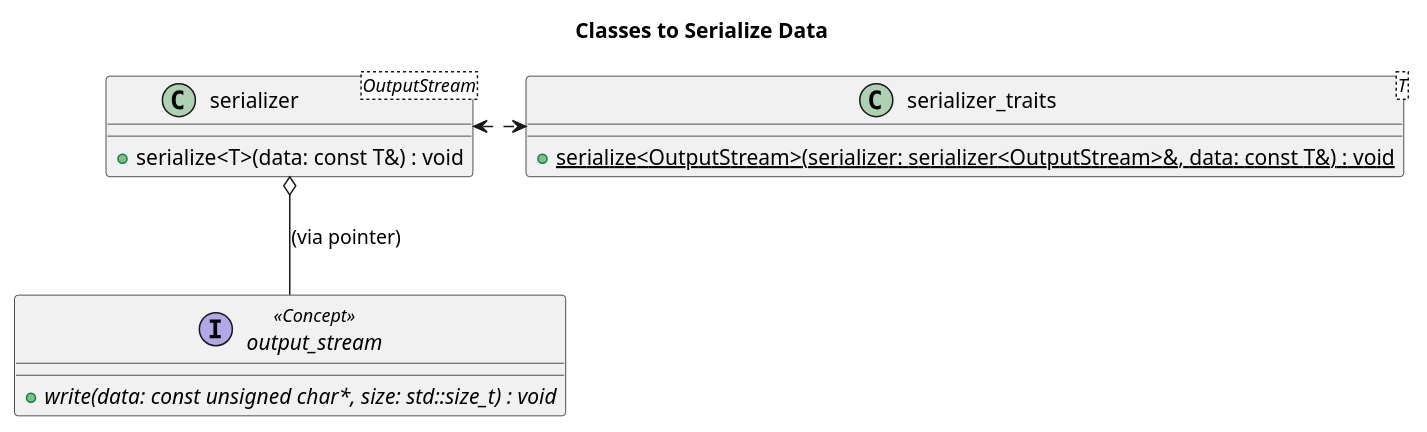
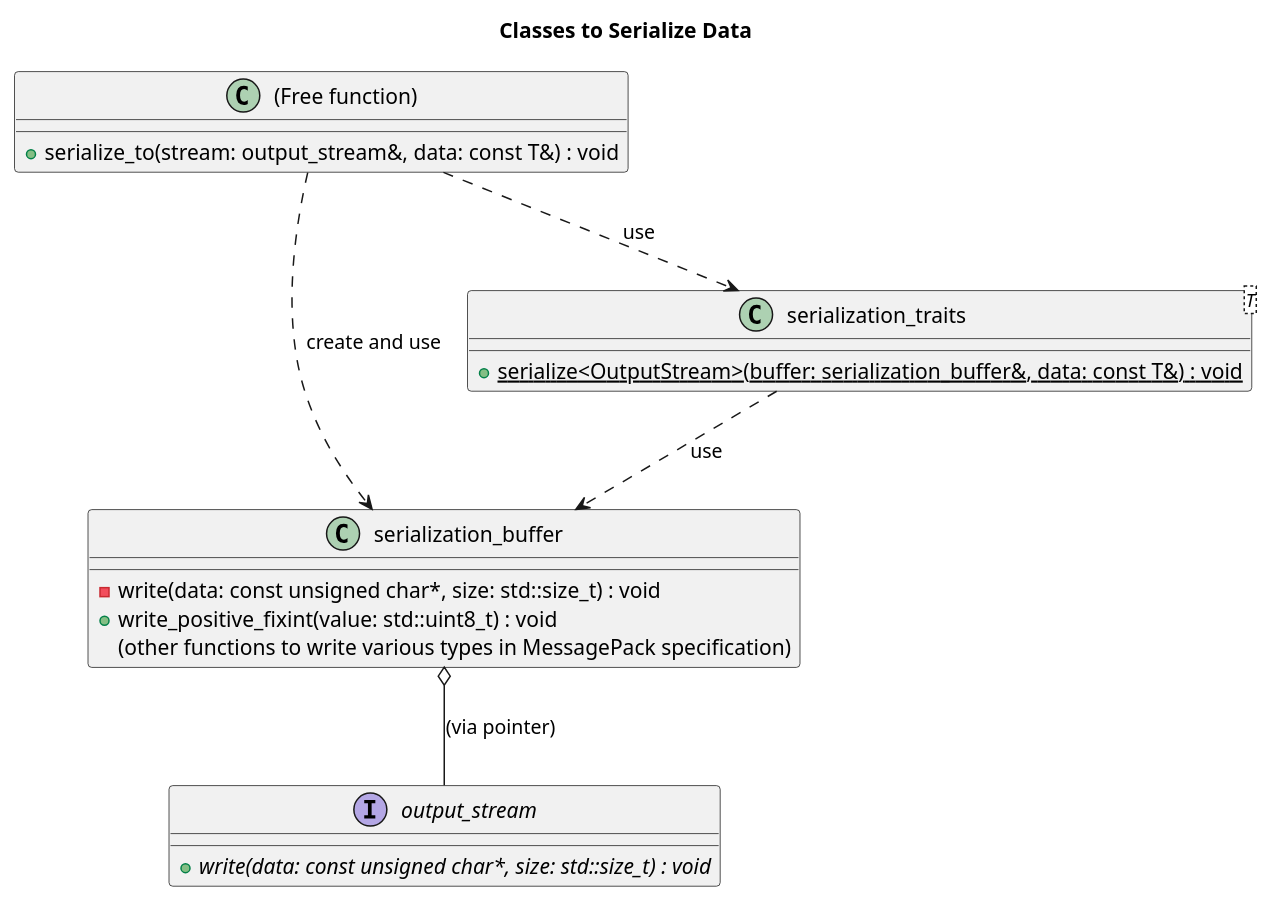
One commit to MusicScience37/cpp-msgpack-light changed the diagram in doc/sphinx/src/design/uml/serializer.puml. Above: the diagram before and after it, drawn with PlantUML. The commit also changed 11 other files, not shown here.

Commit message:
feat: Internal function to serialize boolean values.

```diff
--- a/doc/sphinx/src/design/uml/serializer.puml
+++ b/doc/sphinx/src/design/uml/serializer.puml
@@ -1,19 +1,27 @@
 @startuml serializer_classes
 
 title Classes to Serialize Data
 
-interface output_stream <<Concept>> {
+interface output_stream {
     {abstract} + write(data: const unsigned char*, size: std::size_t) : void
 }
 
-class serializer_traits<T> {
-    {static} + serialize<OutputStream>(serializer: serializer<OutputStream>&, data: const T&) : void
+class serialization_buffer {
+    - write(data: const unsigned char*, size: std::size_t) : void
+    + write_positive_fixint(value: std::uint8_t) : void
+    (other functions to write various types in MessagePack specification)
 }
+serialization_buffer o-- output_stream : (via pointer)
 
-class serializer<OutputStream> {
-    + serialize<T>(data: const T&) : void
+class serialization_traits<T> {
+    {static} + serialize<OutputStream>(buffer: serialization_buffer&, data: const T&) : void
 }
-serializer o-- output_stream : (via pointer)
-serializer <.> serializer_traits
+serialization_traits ..> serialization_buffer : use
+
+class "(Free function)" as free_function {
+    + serialize_to(stream: output_stream&, data: const T&) : void
+}
+free_function ..> serialization_traits : use
+free_function ..> serialization_buffer : create and use
 
 @enduml
```
